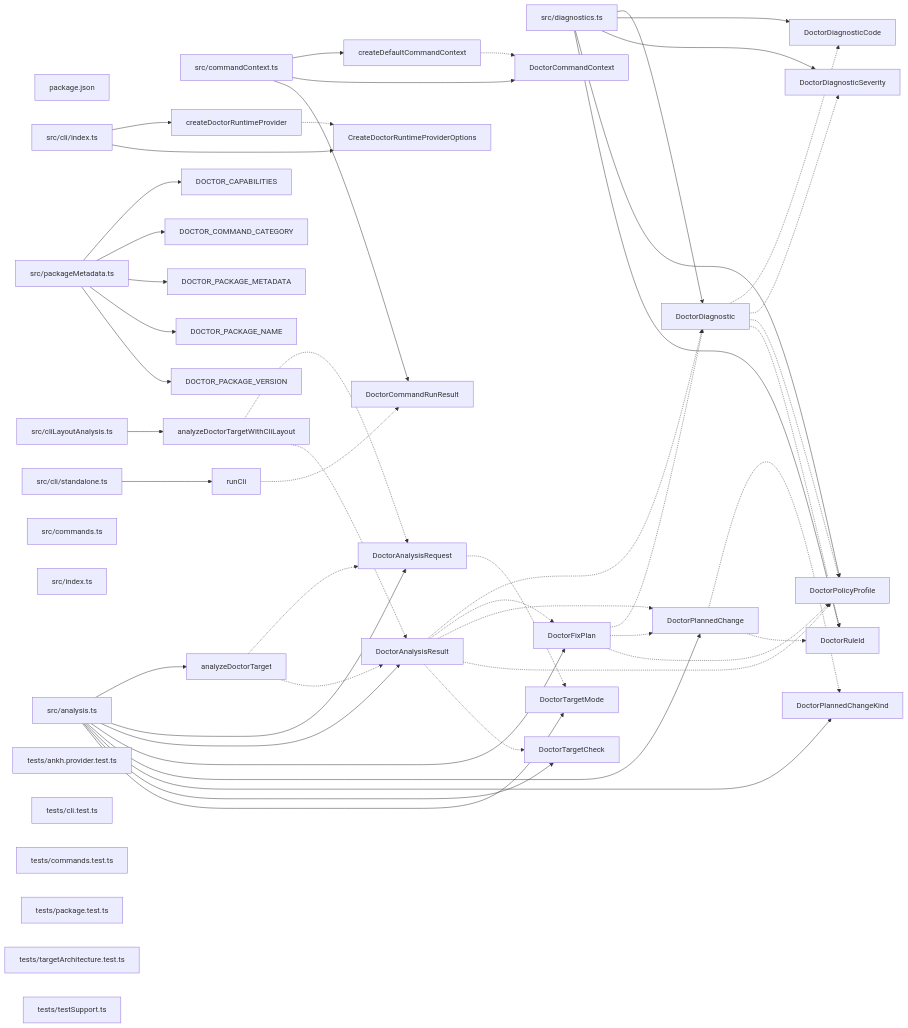
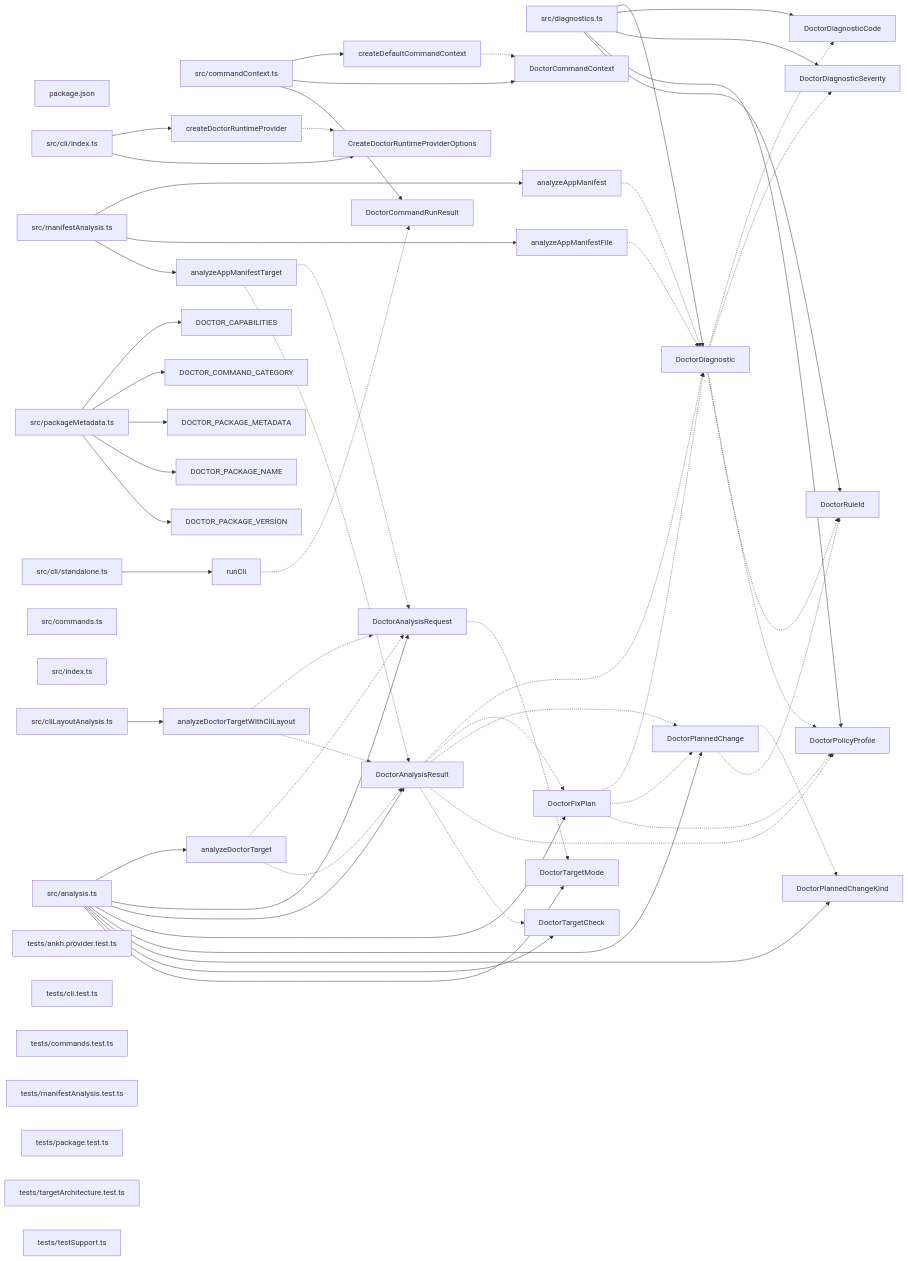
The diagram in paradox/diagrams/export-graph.mmd (ankhorage/doctor), drawn with Mermaid before and after one commit. The commit also changed 16 other files, not shown here.

```diff
--- a/paradox/diagrams/export-graph.mmd
+++ b/paradox/diagrams/export-graph.mmd
@@ -1,89 +1,101 @@
 graph LR
   module_package_json["package.json"]
   module_src_analysis_ts["src/analysis.ts"]
   module_src_cli_index_ts["src/cli/index.ts"]
   module_src_cli_standalone_ts["src/cli/standalone.ts"]
   module_src_cliLayoutAnalysis_ts["src/cliLayoutAnalysis.ts"]
   module_src_commandContext_ts["src/commandContext.ts"]
   module_src_commands_ts["src/commands.ts"]
   module_src_diagnostics_ts["src/diagnostics.ts"]
   module_src_index_ts["src/index.ts"]
+  module_src_manifestAnalysis_ts["src/manifestAnalysis.ts"]
   module_src_packageMetadata_ts["src/packageMetadata.ts"]
   module_tests_ankh_provider_test_ts["tests/ankh.provider.test.ts"]
   module_tests_cli_test_ts["tests/cli.test.ts"]
   module_tests_commands_test_ts["tests/commands.test.ts"]
+  module_tests_manifestAnalysis_test_ts["tests/manifestAnalysis.test.ts"]
   module_tests_package_test_ts["tests/package.test.ts"]
   module_tests_targetArchitecture_test_ts["tests/targetArchitecture.test.ts"]
   module_tests_testSupport_ts["tests/testSupport.ts"]
+  export_analyzeAppManifest["analyzeAppManifest"]
+  module_src_manifestAnalysis_ts --> export_analyzeAppManifest
+  export_analyzeAppManifest -.-> export_DoctorDiagnostic
+  export_analyzeAppManifestFile["analyzeAppManifestFile"]
+  module_src_manifestAnalysis_ts --> export_analyzeAppManifestFile
+  export_analyzeAppManifestFile -.-> export_DoctorDiagnostic
+  export_analyzeAppManifestTarget["analyzeAppManifestTarget"]
+  module_src_manifestAnalysis_ts --> export_analyzeAppManifestTarget
+  export_analyzeAppManifestTarget -.-> export_DoctorAnalysisRequest
+  export_analyzeAppManifestTarget -.-> export_DoctorAnalysisResult
   export_analyzeDoctorTarget["analyzeDoctorTarget"]
   module_src_analysis_ts --> export_analyzeDoctorTarget
   export_analyzeDoctorTarget -.-> export_DoctorAnalysisRequest
   export_analyzeDoctorTarget -.-> export_DoctorAnalysisResult
   export_analyzeDoctorTargetWithCliLayout["analyzeDoctorTargetWithCliLayout"]
   module_src_cliLayoutAnalysis_ts --> export_analyzeDoctorTargetWithCliLayout
   export_analyzeDoctorTargetWithCliLayout -.-> export_DoctorAnalysisRequest
   export_analyzeDoctorTargetWithCliLayout -.-> export_DoctorAnalysisResult
   export_createDefaultCommandContext["createDefaultCommandContext"]
   module_src_commandContext_ts --> export_createDefaultCommandContext
   export_createDefaultCommandContext -.-> export_DoctorCommandContext
   export_createDoctorRuntimeProvider["createDoctorRuntimeProvider"]
   module_src_cli_index_ts --> export_createDoctorRuntimeProvider
   export_createDoctorRuntimeProvider -.-> export_CreateDoctorRuntimeProviderOptions
   export_CreateDoctorRuntimeProviderOptions["CreateDoctorRuntimeProviderOptions"]
   module_src_cli_index_ts --> export_CreateDoctorRuntimeProviderOptions
   export_DOCTOR_CAPABILITIES["DOCTOR_CAPABILITIES"]
   module_src_packageMetadata_ts --> export_DOCTOR_CAPABILITIES
   export_DOCTOR_COMMAND_CATEGORY["DOCTOR_COMMAND_CATEGORY"]
   module_src_packageMetadata_ts --> export_DOCTOR_COMMAND_CATEGORY
   export_DOCTOR_PACKAGE_METADATA["DOCTOR_PACKAGE_METADATA"]
   module_src_packageMetadata_ts --> export_DOCTOR_PACKAGE_METADATA
   export_DOCTOR_PACKAGE_NAME["DOCTOR_PACKAGE_NAME"]
   module_src_packageMetadata_ts --> export_DOCTOR_PACKAGE_NAME
   export_DOCTOR_PACKAGE_VERSION["DOCTOR_PACKAGE_VERSION"]
   module_src_packageMetadata_ts --> export_DOCTOR_PACKAGE_VERSION
   export_DoctorAnalysisRequest["DoctorAnalysisRequest"]
   module_src_analysis_ts --> export_DoctorAnalysisRequest
   export_DoctorAnalysisRequest -.-> export_DoctorTargetMode
   export_DoctorAnalysisResult["DoctorAnalysisResult"]
   module_src_analysis_ts --> export_DoctorAnalysisResult
   export_DoctorAnalysisResult -.-> export_DoctorDiagnostic
   export_DoctorAnalysisResult -.-> export_DoctorFixPlan
   export_DoctorAnalysisResult -.-> export_DoctorPlannedChange
   export_DoctorAnalysisResult -.-> export_DoctorPolicyProfile
   export_DoctorAnalysisResult -.-> export_DoctorTargetCheck
   export_DoctorCommandContext["DoctorCommandContext"]
   module_src_commandContext_ts --> export_DoctorCommandContext
   export_DoctorCommandRunResult["DoctorCommandRunResult"]
   module_src_commandContext_ts --> export_DoctorCommandRunResult
   export_DoctorDiagnostic["DoctorDiagnostic"]
   module_src_diagnostics_ts --> export_DoctorDiagnostic
   export_DoctorDiagnostic -.-> export_DoctorDiagnosticCode
   export_DoctorDiagnostic -.-> export_DoctorDiagnosticSeverity
   export_DoctorDiagnostic -.-> export_DoctorPolicyProfile
   export_DoctorDiagnostic -.-> export_DoctorRuleId
   export_DoctorDiagnosticCode["DoctorDiagnosticCode"]
   module_src_diagnostics_ts --> export_DoctorDiagnosticCode
   export_DoctorDiagnosticSeverity["DoctorDiagnosticSeverity"]
   module_src_diagnostics_ts --> export_DoctorDiagnosticSeverity
   export_DoctorFixPlan["DoctorFixPlan"]
   module_src_analysis_ts --> export_DoctorFixPlan
   export_DoctorFixPlan -.-> export_DoctorDiagnostic
   export_DoctorFixPlan -.-> export_DoctorPlannedChange
   export_DoctorFixPlan -.-> export_DoctorPolicyProfile
   export_DoctorPlannedChange["DoctorPlannedChange"]
   module_src_analysis_ts --> export_DoctorPlannedChange
   export_DoctorPlannedChange -.-> export_DoctorPlannedChangeKind
   export_DoctorPlannedChange -.-> export_DoctorRuleId
   export_DoctorPlannedChangeKind["DoctorPlannedChangeKind"]
   module_src_analysis_ts --> export_DoctorPlannedChangeKind
   export_DoctorPolicyProfile["DoctorPolicyProfile"]
   module_src_diagnostics_ts --> export_DoctorPolicyProfile
   export_DoctorRuleId["DoctorRuleId"]
   module_src_diagnostics_ts --> export_DoctorRuleId
   export_DoctorTargetCheck["DoctorTargetCheck"]
   module_src_analysis_ts --> export_DoctorTargetCheck
   export_DoctorTargetMode["DoctorTargetMode"]
   module_src_analysis_ts --> export_DoctorTargetMode
   export_runCli["runCli"]
   module_src_cli_standalone_ts --> export_runCli
   export_runCli -.-> export_DoctorCommandRunResult
```
